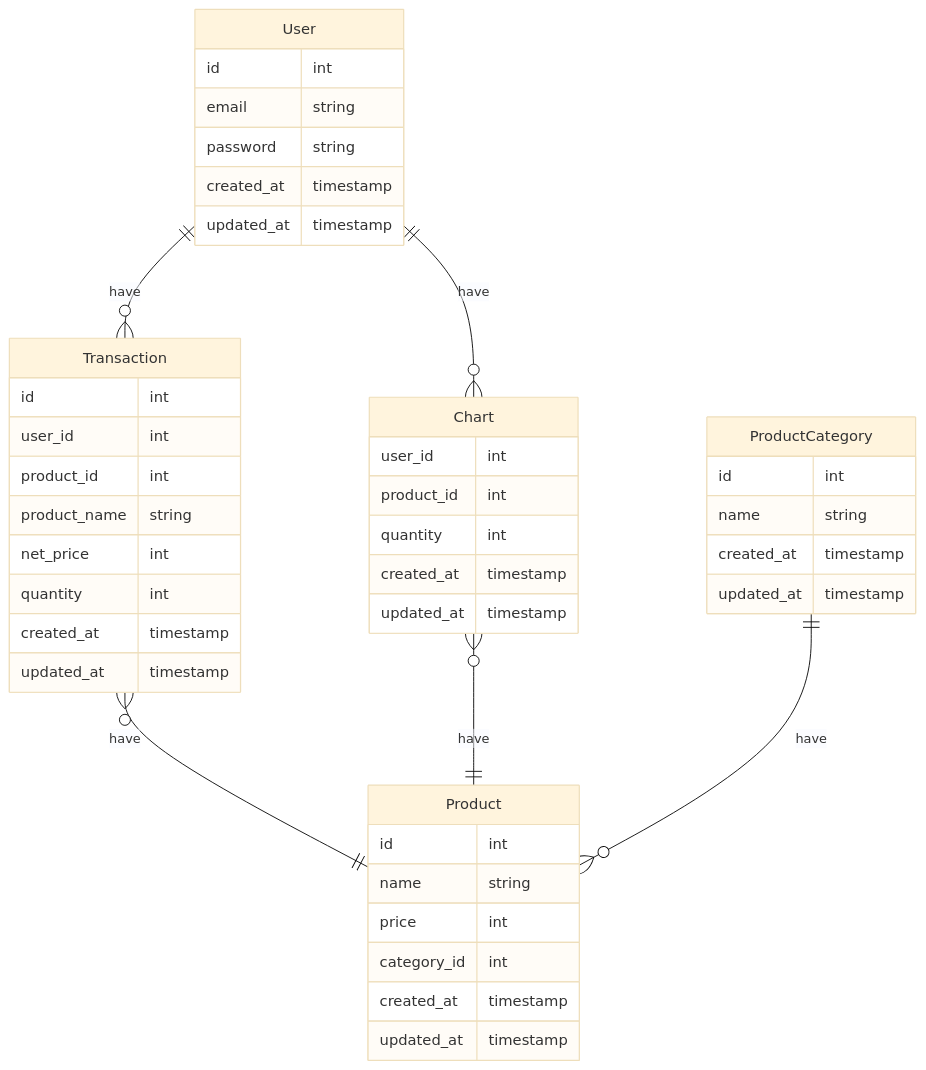
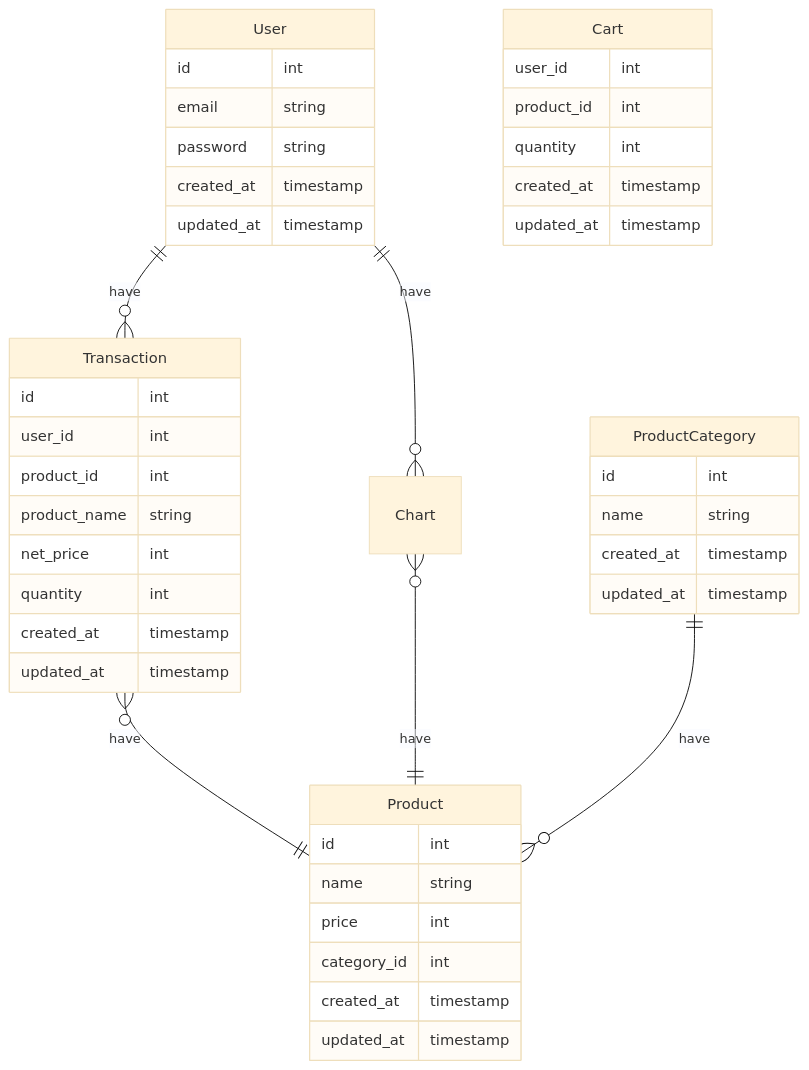
One commit to sayyid-haidar/synapsis-backend-challenge changed the diagram in README.md. Above: the diagram before and after it, drawn with Mermaid (base theme).

Commit message:
Update: ERD on README.md

````diff
--- a/README.md
+++ b/README.md
@@ -48,51 +48,51 @@
 ```mermaid
 erDiagram
     User {
         id int
         email string
         password string
         created_at timestamp
         updated_at timestamp
     }
 
     ProductCategory {
         id int
         name string
         created_at timestamp
         updated_at timestamp
     }
 
     Product {
         id int
         name string
         price int
         category_id int
         created_at timestamp
         updated_at timestamp
     }
 
-    Chart {
+    Cart {
         user_id int
         product_id int
         quantity int
         created_at timestamp
         updated_at timestamp
     }
 
     Transaction {
         id int
         user_id int
         product_id int
         product_name string
         net_price int
         quantity int
         created_at timestamp
         updated_at timestamp
     }
 
     User ||--o{ Chart : have 
     User ||--o{ Transaction : have 
     Transaction }o--|| Product : have 
     Chart }o--|| Product : have 
     ProductCategory ||--o{ Product : have 
 ```
````
